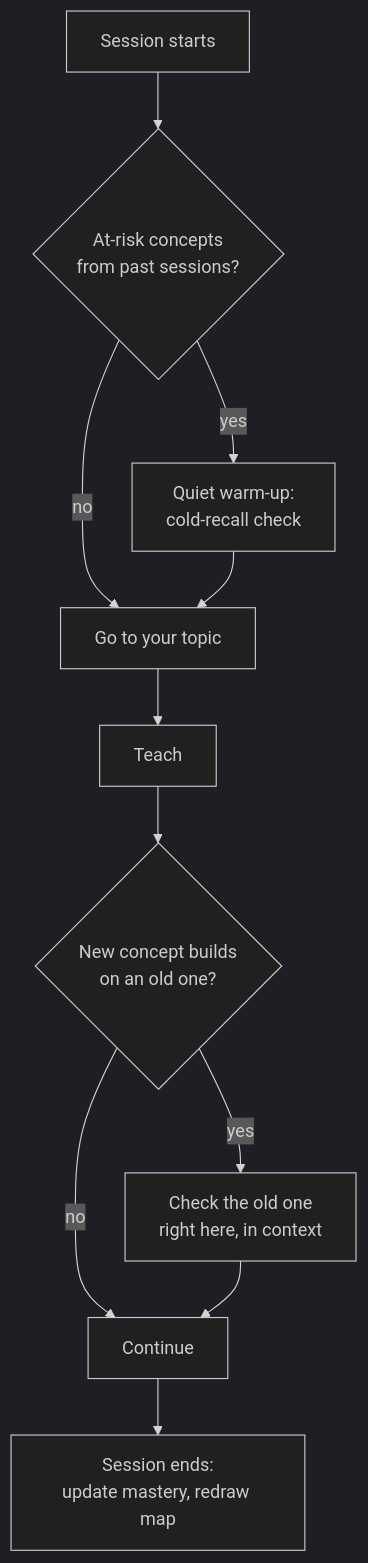
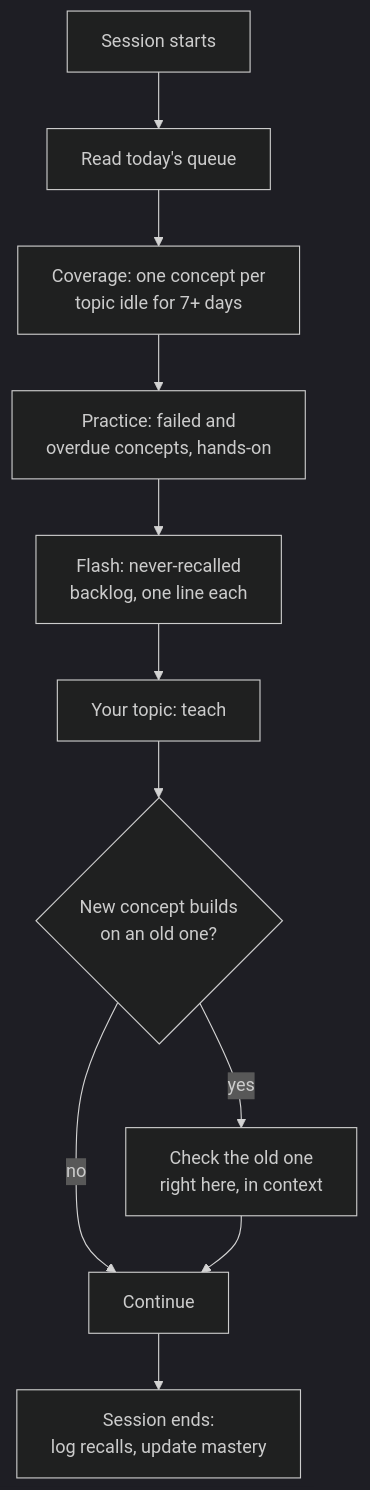
One commit to cristian-galeazzi/learn-code-skill changed the second of 2 diagrams in README.md. Above: the diagram before and after it, drawn with Mermaid (dark theme). The commit also changed other lines of this file, not shown here.

````diff
--- a/README.md
+++ b/README.md
@@ -124,13 +206,13 @@
 ```mermaid
 flowchart TD
-    A[Session starts] --> B{At-risk concepts<br/>from past sessions?}
-    B -- yes --> C[Quiet warm-up:<br/>cold-recall check]
-    B -- no --> D[Go to your topic]
-    C --> D
-    D --> E[Teach]
-    E --> F{New concept builds<br/>on an old one?}
-    F -- yes --> G[Check the old one<br/>right here, in context]
-    F -- no --> H[Continue]
-    G --> H
-    H --> I[Session ends:<br/>update mastery, redraw map]
+    A[Session starts] --> B[Read today's queue]
+    B --> C[Coverage: one concept per<br/>topic idle for 7+ days]
+    C --> D[Practice: failed and<br/>overdue concepts, hands-on]
+    D --> E[Flash: never-recalled<br/>backlog, one line each]
+    E --> F[Your topic: teach]
+    F --> G{New concept builds<br/>on an old one?}
+    G -- yes --> H[Check the old one<br/>right here, in context]
+    G -- no --> I[Continue]
+    H --> I
+    I --> J[Session ends:<br/>log recalls, update mastery]
 ```
````
